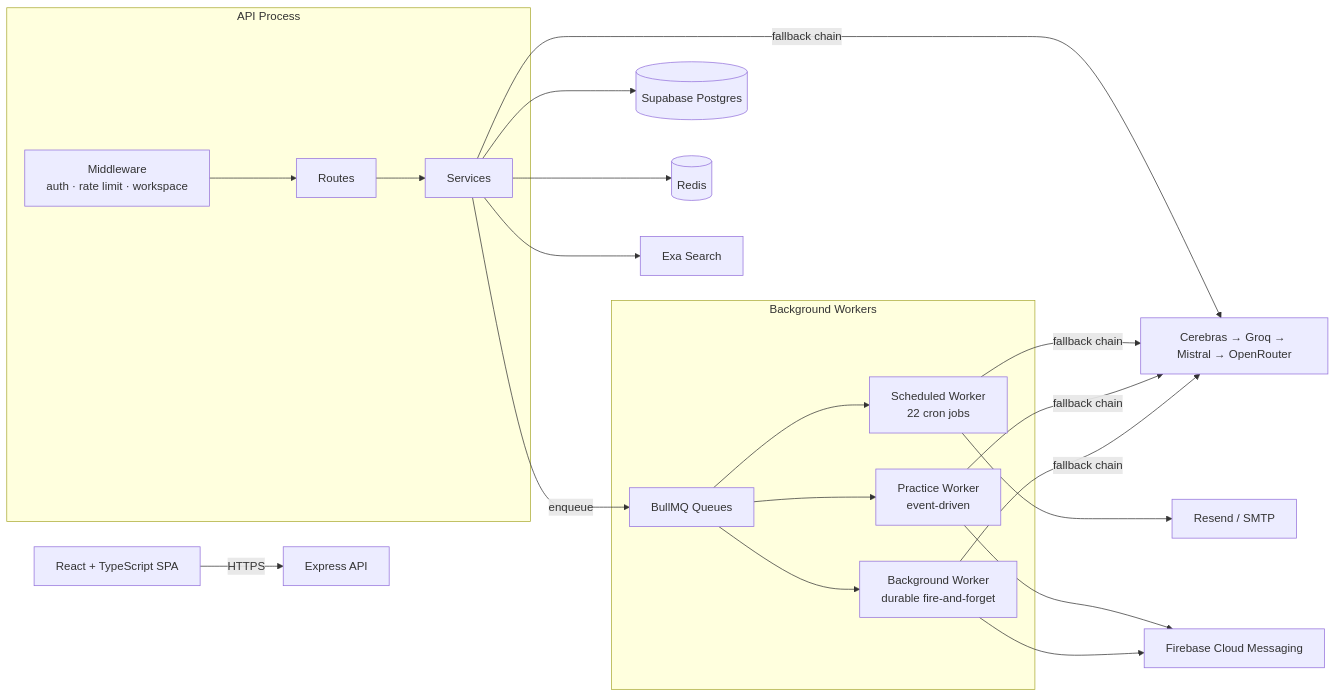
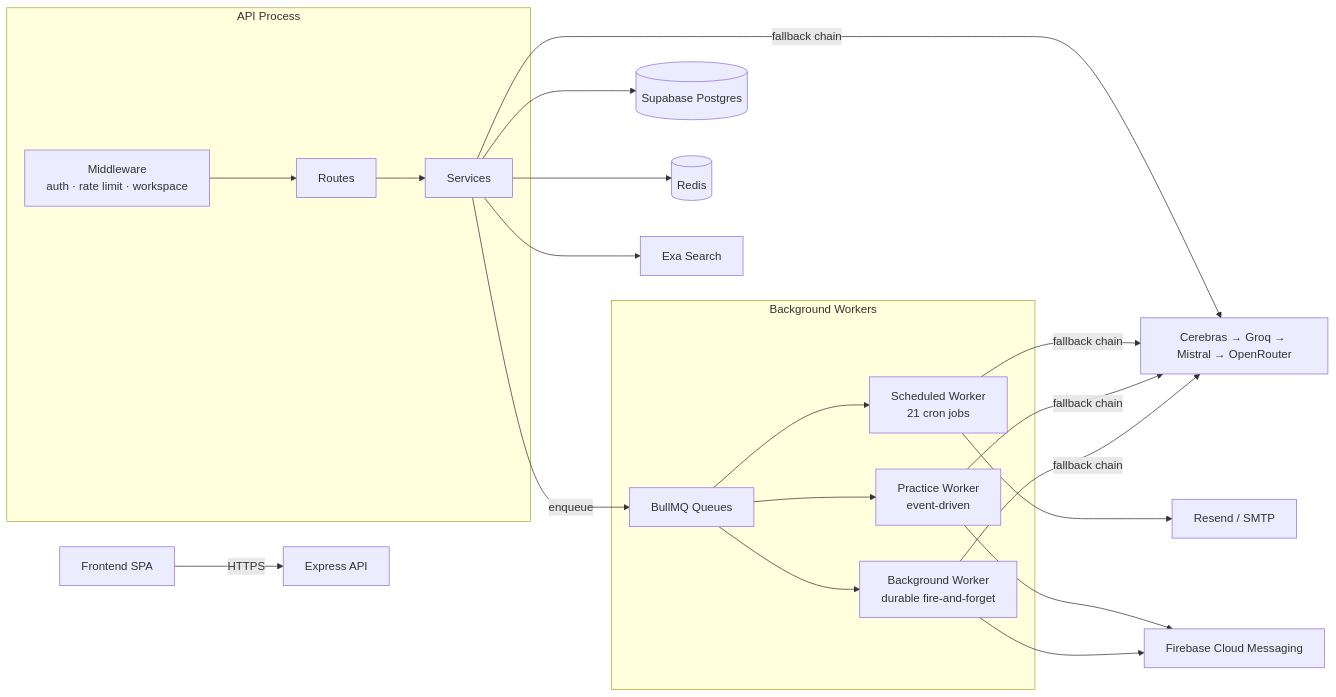
The diagram in README.md (Devpaul-01/Foundersales), drawn with Mermaid before and after one commit. The commit also changed other lines of this file and 3 other files, not shown here.

First line of the commit message:
docs: update product overview, README, architecture, and background jobs with assets

````diff
--- a/README.md
+++ b/README.md
@@ -54,25 +54,25 @@
 ```mermaid
 flowchart LR
-    Client[React + TypeScript SPA] -->|HTTPS| API[Express API]
+    Client[Frontend SPA] -->|HTTPS| API[Express API]
 
     subgraph API_Process [API Process]
         MW[Middleware<br/>auth · rate limit · workspace] --> R[Routes]
         R --> SVC[Services]
     end
 
     SVC --> PG[(Supabase Postgres)]
     SVC --> REDIS[(Redis)]
     SVC -->|enqueue| BULLMQ[BullMQ Queues]
     SVC -->|fallback chain| AI[Cerebras → Groq → Mistral → OpenRouter]
     SVC --> EXA[Exa Search]
 
     subgraph Workers [Background Workers]
-        BULLMQ --> W1[Scheduled Worker<br/>22 cron jobs]
+        BULLMQ --> W1[Scheduled Worker<br/>21 cron jobs]
         BULLMQ --> W2[Practice Worker<br/>event-driven]
         BULLMQ --> W3[Background Worker<br/>durable fire-and-forget]
     end
 
     W1 & W2 & W3 -->|fallback chain| AI
     W1 --> RESEND[Resend / SMTP]
     W2 & W3 --> FCM[Firebase Cloud Messaging]
 ```
````
